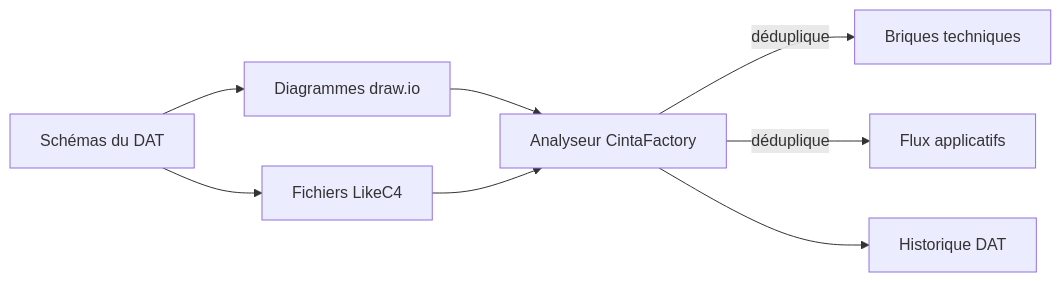
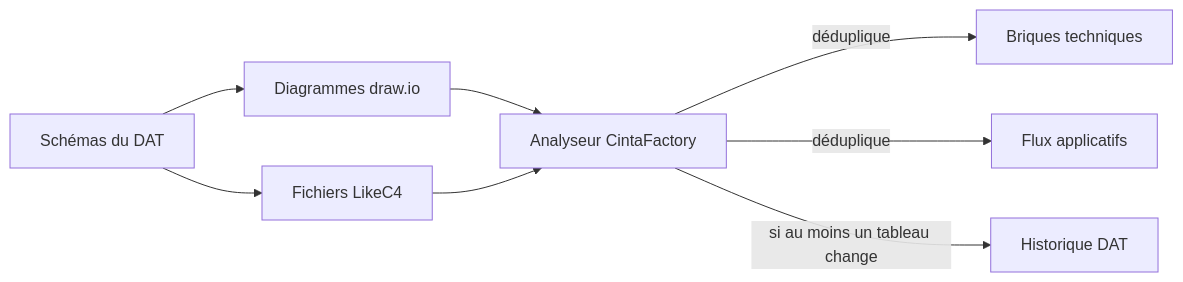
The first of 2 diagrams in docs/FluxApplicatifs.md (cintamaya-org/cintafactory), drawn with Mermaid before and after one commit. The commit also changed other lines of this file, not shown here.

````diff
--- a/docs/FluxApplicatifs.md
+++ b/docs/FluxApplicatifs.md
@@ -18,18 +18,18 @@
 ```mermaid
 flowchart LR
     S[Schémas du DAT]
     D[Diagrammes draw.io]
     L[Fichiers LikeC4]
     P[Analyseur CintaFactory]
     B[Briques techniques]
     F[Flux applicatifs]
     H[Historique DAT]
 
     S --> D
     S --> L
     D --> P
     L --> P
     P -->|déduplique| B
     P -->|déduplique| F
-    P --> H
+    P -->|si au moins un tableau change| H
 ```
````
